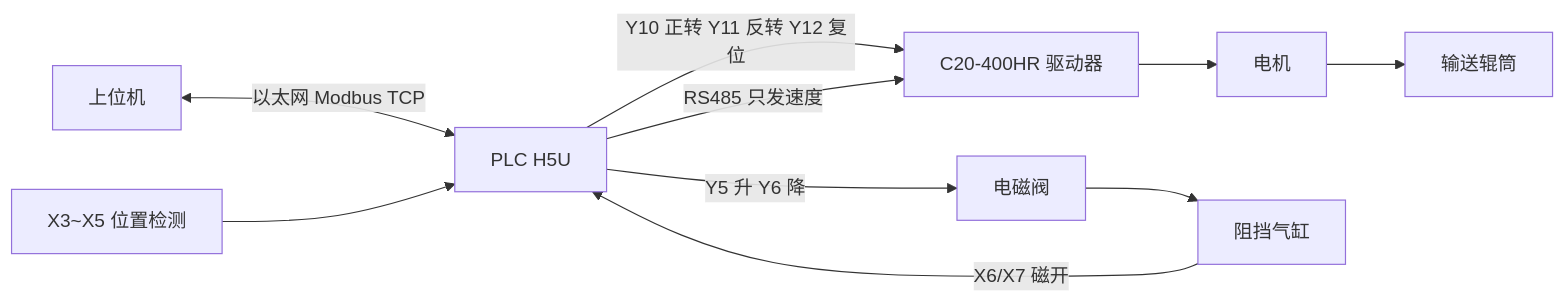
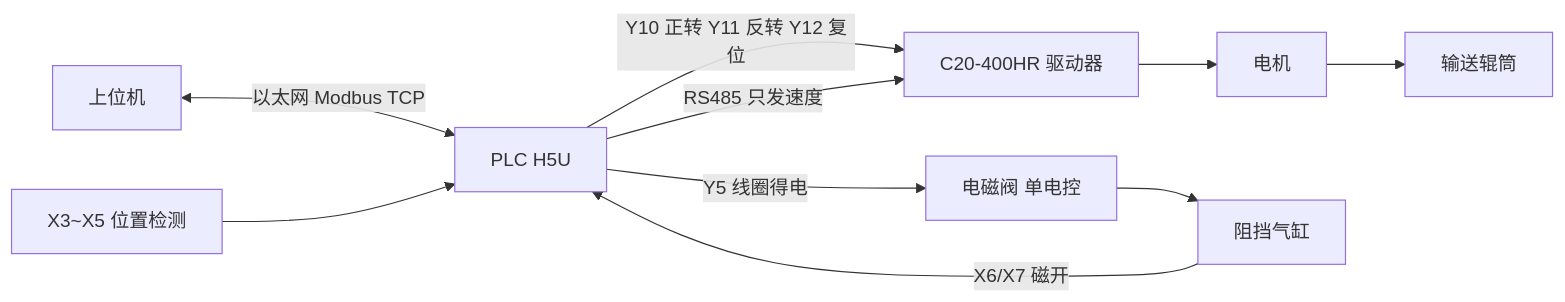
The first of 4 diagrams in 辊筒上位机工程/工程解读.md (TReaur1/ELE), drawn with Mermaid before and after one commit. The commit also changed other lines of this file and 12 other files, not shown here.

````diff
--- a/辊筒上位机工程/工程解读.md
+++ b/辊筒上位机工程/工程解读.md
@@ -13,12 +13,12 @@
 ```mermaid
 graph LR
     A[上位机] <-->|以太网 Modbus TCP| B[PLC H5U]
     B -->|Y10 正转 Y11 反转 Y12 复位| C[C20-400HR 驱动器]
     B -->|RS485 只发速度| C
     C --> D[电机]
     D --> E[输送辊筒]
-    B -->|Y5 升 Y6 降| F[电磁阀]
+    B -->|Y5 线圈得电| F[电磁阀 单电控]
     F --> G[阻挡气缸]
     H[X3~X5 位置检测] --> B
     G -->|X6/X7 磁开| B
 ```
````
